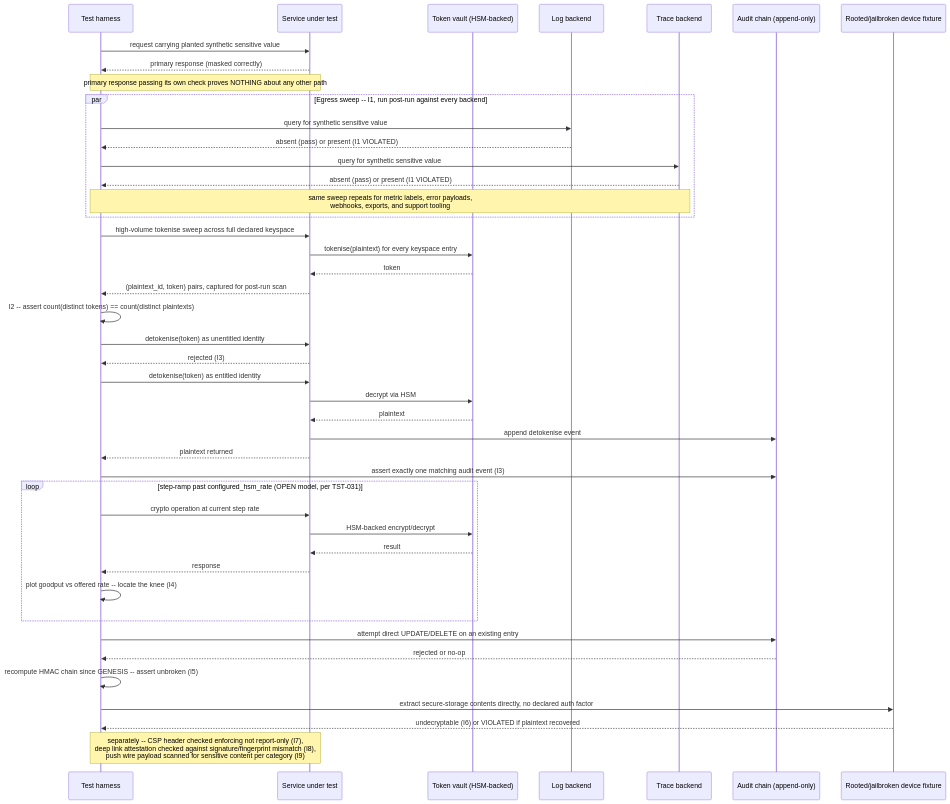
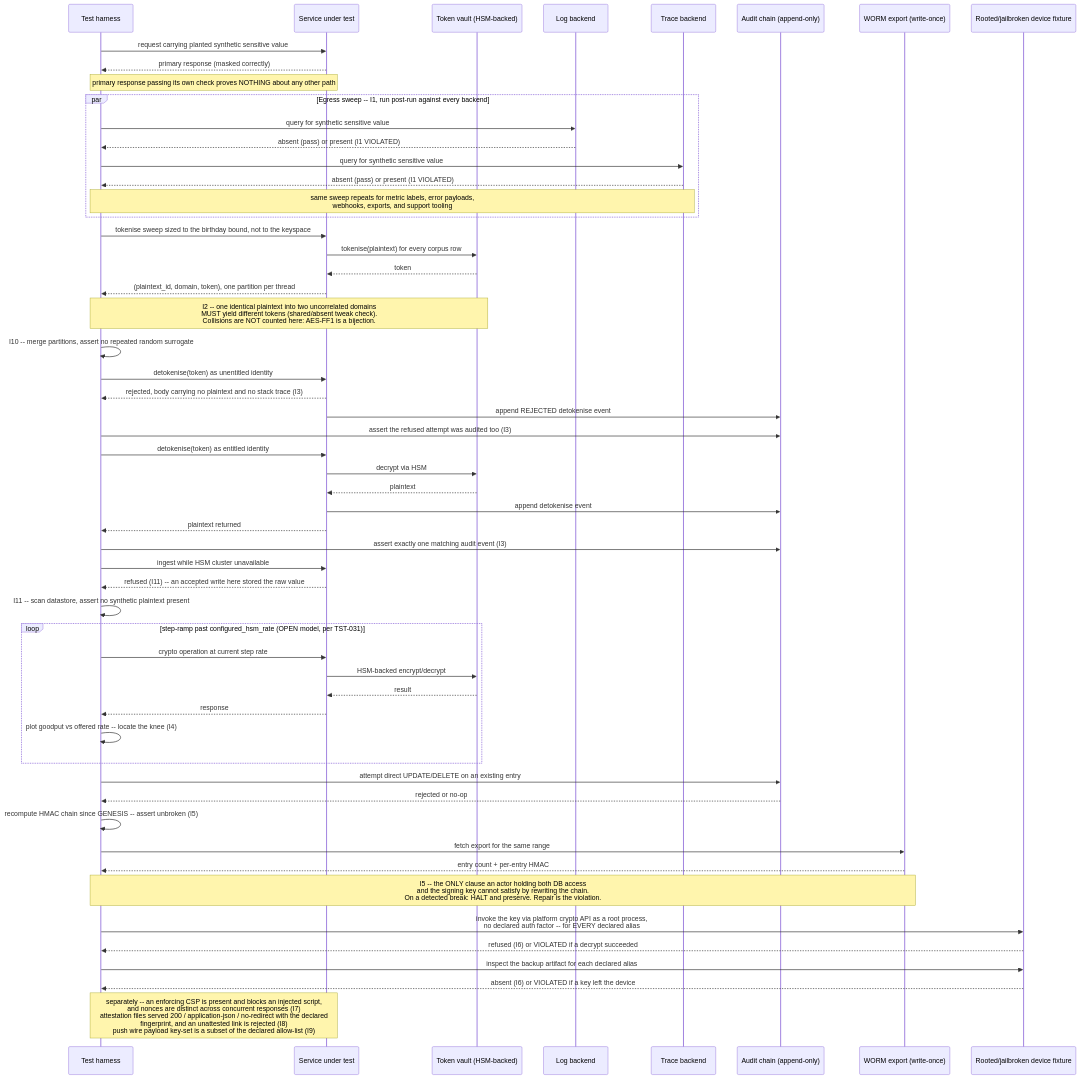
Before and after one commit to simbataisa/arch-as-code: the diagram in knowledge-base/testing/archetypes/data-protection-masking-tokenisation.md, drawn with Mermaid. The commit also changed other lines of this file, not shown here.

````diff
--- a/knowledge-base/testing/archetypes/data-protection-masking-tokenisation.md
+++ b/knowledge-base/testing/archetypes/data-protection-masking-tokenisation.md
@@ -479,54 +951,67 @@
 ```mermaid
 sequenceDiagram
     participant H as Test harness
     participant S as Service under test
     participant Vault as Token vault (HSM-backed)
     participant Log as Log backend
     participant Trace as Trace backend
     participant Audit as Audit chain (append-only)
+    participant Worm as WORM export (write-once)
     participant Dev as Rooted/jailbroken device fixture
 
     H->>S: request carrying planted synthetic sensitive value
     S-->>H: primary response (masked correctly)
     Note over H,S: primary response passing its own check proves NOTHING about any other path
 
     par Egress sweep -- I1, run post-run against every backend
         H->>Log: query for synthetic sensitive value
         Log-->>H: absent (pass) or present (I1 VIOLATED)
         H->>Trace: query for synthetic sensitive value
         Trace-->>H: absent (pass) or present (I1 VIOLATED)
         Note over H,Trace: same sweep repeats for metric labels, error payloads,<br/>webhooks, exports, and support tooling
     end
 
-    H->>S: high-volume tokenise sweep across full declared keyspace
-    S->>Vault: tokenise(plaintext) for every keyspace entry
+    H->>S: tokenise sweep sized to the birthday bound, not to the keyspace
+    S->>Vault: tokenise(plaintext) for every corpus row
     Vault-->>S: token
-    S-->>H: (plaintext_id, token) pairs, captured for post-run scan
-    H->>H: I2 -- assert count(distinct tokens) == count(distinct plaintexts)
+    S-->>H: (plaintext_id, domain, token), one partition per thread
+    Note over H,Vault: I2 -- one identical plaintext into two uncorrelated domains<br/>MUST yield different tokens (shared/absent tweak check).<br/>Collisions are NOT counted here: AES-FF1 is a bijection.
+    H->>H: I10 -- merge partitions, assert no repeated random surrogate
 
     H->>S: detokenise(token) as unentitled identity
-    S-->>H: rejected (I3)
+    S-->>H: rejected, body carrying no plaintext and no stack trace (I3)
+    S->>Audit: append REJECTED detokenise event
+    H->>Audit: assert the refused attempt was audited too (I3)
     H->>S: detokenise(token) as entitled identity
     S->>Vault: decrypt via HSM
     Vault-->>S: plaintext
     S->>Audit: append detokenise event
     S-->>H: plaintext returned
     H->>Audit: assert exactly one matching audit event (I3)
+
+    H->>S: ingest while HSM cluster unavailable
+    S-->>H: refused (I11) -- an accepted write here stored the raw value
+    H->>H: I11 -- scan datastore, assert no synthetic plaintext present
 
     loop step-ramp past configured_hsm_rate (OPEN model, per TST-031)
         H->>S: crypto operation at current step rate
         S->>Vault: HSM-backed encrypt/decrypt
         Vault-->>S: result
         S-->>H: response
         H->>H: plot goodput vs offered rate -- locate the knee (I4)
     end
 
     H->>Audit: attempt direct UPDATE/DELETE on an existing entry
     Audit-->>H: rejected or no-op
     H->>H: recompute HMAC chain since GENESIS -- assert unbroken (I5)
+    H->>Worm: fetch export for the same range
+    Worm-->>H: entry count + per-entry HMAC
+    Note over H,Worm: I5 -- the ONLY clause an actor holding both DB access<br/>and the signing key cannot satisfy by rewriting the chain.<br/>On a detected break: HALT and preserve. Repair is the violation.
 
-    H->>Dev: extract secure-storage contents directly, no declared auth factor
-    Dev-->>H: undecryptable (I6) or VIOLATED if plaintext recovered
+    H->>Dev: invoke the key via platform crypto API as a root process,<br/>no declared auth factor -- for EVERY declared alias
+    Dev-->>H: refused (I6) or VIOLATED if a decrypt succeeded
+    H->>Dev: inspect the backup artifact for each declared alias
+    Dev-->>H: absent (I6) or VIOLATED if a key left the device
 
-    Note over H,S: separately -- CSP header checked enforcing not report-only (I7),<br/>deep link attestation checked against signature/fingerprint mismatch (I8),<br/>push wire payload scanned for sensitive content per category (I9)
+    Note over H,S: separately -- an enforcing CSP is present and blocks an injected script,<br/>and nonces are distinct across concurrent responses (I7)<br/>attestation files served 200 / application-json / no-redirect with the declared<br/>fingerprint, and an unattested link is rejected (I8)<br/>push wire payload key-set is a subset of the declared allow-list (I9)
 ```
````
